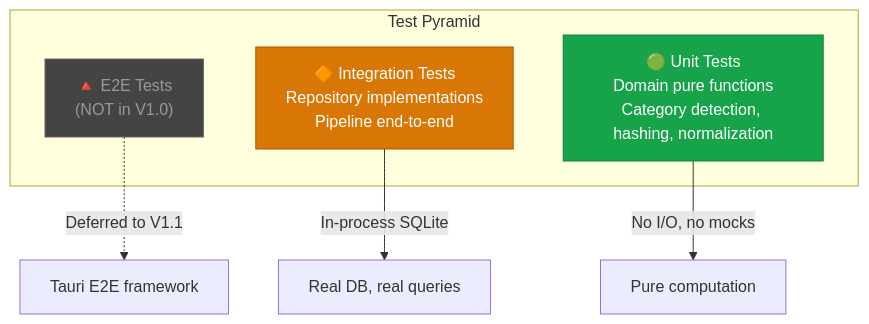
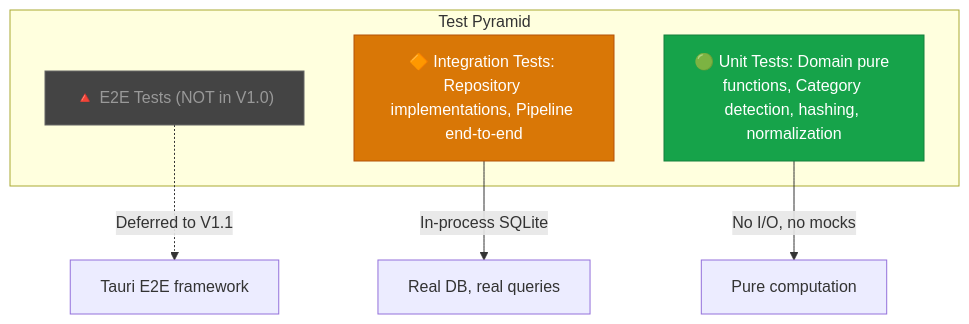
Before and after one commit to sanromarth/ornas: the first of 2 diagrams in docs/architecture/15_TESTING_STRATEGY.md, drawn with Mermaid. The commit also changed 253 other files, not shown here.

````diff
--- a/docs/architecture/15_TESTING_STRATEGY.md
+++ b/docs/architecture/15_TESTING_STRATEGY.md
@@ -20,16 +20,16 @@
 ```mermaid
 graph TD
     subgraph "Test Pyramid"
-        A["🔺 E2E Tests<br/>(NOT in V1.0)"]
-        B["🔶 Integration Tests<br/>Repository implementations<br/>Pipeline end-to-end"]
-        C["🟢 Unit Tests<br/>Domain pure functions<br/>Category detection, hashing, normalization"]
+        A["🔺 E2E Tests (NOT in V1.0)"]
+        B["🔶 Integration Tests: Repository implementations, Pipeline end-to-end"]
+        C["🟢 Unit Tests: Domain pure functions, Category detection, hashing, normalization"]
     end
 
-    A -.->|"Deferred to V1.1"| D[Tauri E2E framework]
-    B -->|"In-process SQLite"| E[Real DB, real queries]
-    C -->|"No I/O, no mocks"| F[Pure computation]
+    A -.->|Deferred to V1.1| D[Tauri E2E framework]
+    B -->|In-process SQLite| E[Real DB, real queries]
+    C -->|No I/O, no mocks| F[Pure computation]
 
     style A fill:#444,stroke:#666,color:#999
     style B fill:#d97706,stroke:#b45309,color:#fff
     style C fill:#16a34a,stroke:#15803d,color:#fff
 ```
````
